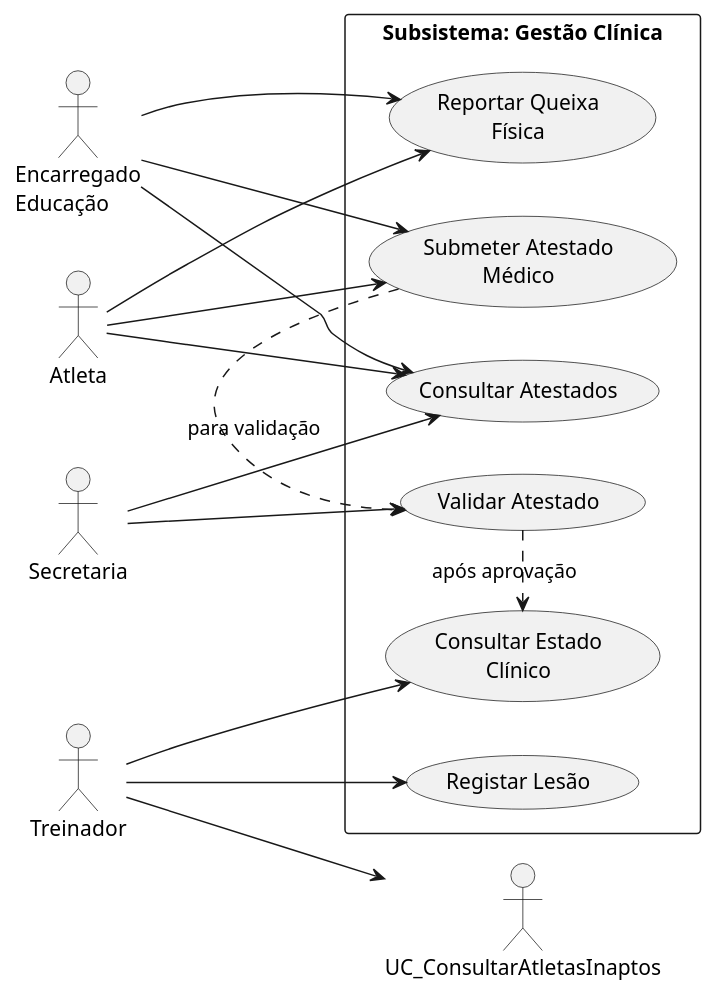
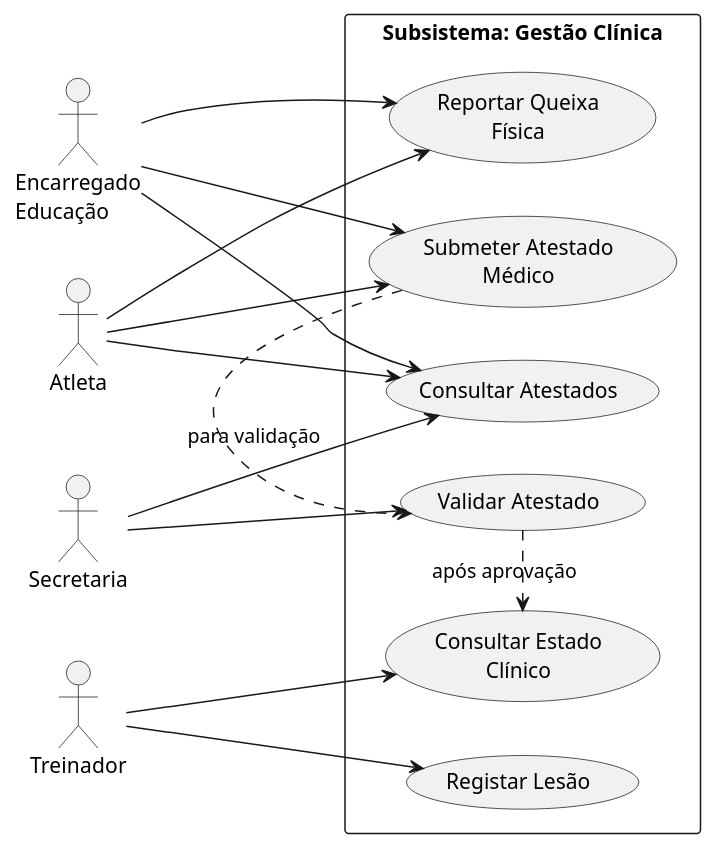
One commit to MartiGames8899/LI4 changed the diagram in Relatorio/RelatorioFinal/images/casos_uso_clinica.puml. Above: the diagram before and after it, drawn with PlantUML. The commit also changed 1 other file, not shown here.

```diff
--- a/Relatorio/RelatorioFinal/images/casos_uso_clinica.puml
+++ b/Relatorio/RelatorioFinal/images/casos_uso_clinica.puml
@@ -1,38 +1,37 @@
 @startuml casos_uso_clinica
 skinparam monochrome true
 skinparam shadowing false
 left to right direction
 
 actor "Atleta" as Athlete
 actor "Encarregado\nEducação" as Parent
 actor "Treinador" as Coach
 actor "Secretaria" as Secretary
 
 rectangle "Subsistema: Gestão Clínica" {
     usecase "Submeter Atestado\nMédico" as UC_SubmitMedical
     usecase "Consultar Atestados" as UC_ViewMedical
     usecase "Validar Atestado" as UC_ValidateMedical
     usecase "Registar Lesão" as UC_LogInjury
     usecase "Reportar Queixa\nFísica" as UC_ReportComplaint
     usecase "Consultar Estado\nClínico" as UC_ViewClinicalStatus
 }
 
 Athlete --> UC_SubmitMedical
 Parent --> UC_SubmitMedical
 Athlete --> UC_ReportComplaint
 Parent --> UC_ReportComplaint
 
 Secretary --> UC_ValidateMedical
 Secretary --> UC_ViewMedical
 
 Coach --> UC_LogInjury
 Coach --> UC_ViewClinicalStatus
-Coach --> UC_ConsultarAtletasInaptos
 
 Athlete --> UC_ViewMedical
 Parent --> UC_ViewMedical
 
 UC_SubmitMedical .> UC_ValidateMedical : para validação
 UC_ValidateMedical .> UC_ViewClinicalStatus : após aprovação
 
 @enduml
```
